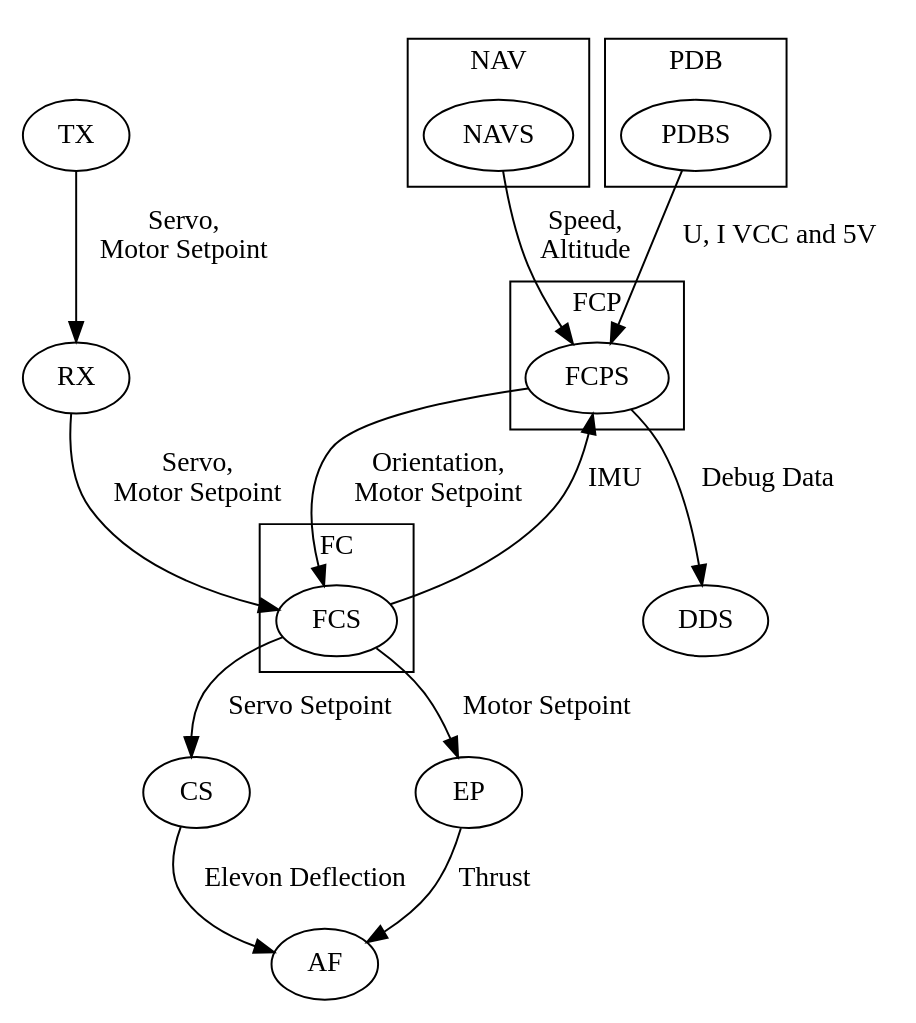
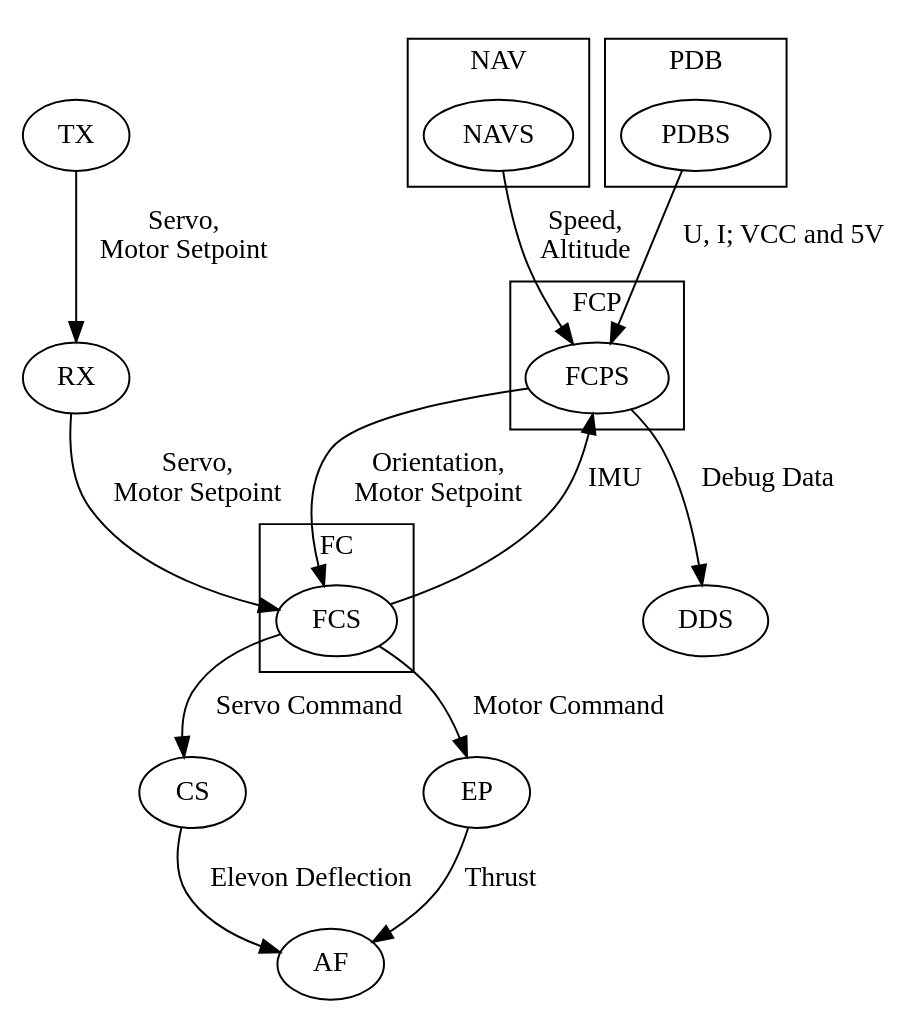
The diagram in chapters/02_requirements/system.dot (ToolboxPlane/Design), drawn with Graphviz before and after one commit. The commit also changed 6 other files, not shown here.

```diff
--- a/chapters/02_requirements/system.dot
+++ b/chapters/02_requirements/system.dot
@@ -1,72 +1,72 @@
 digraph {
    subgraph clusterFCP {
       label="FCP"
       FCPS
    }
 
    subgraph clusterFC {
       label="FC"
       FCS;
    }
 
    subgraph clusterNAV {
       label="NAV"
       NAVS;    
    }
 
    subgraph clusterPDB {
       label="PDB"
       PDBS
    }
 
    AF;
    CS;
    EP;
    RX;
    TX;
 
    FCS -> FCPS [
       label = "IMU"
    ]
 
    FCPS -> FCS [
       label = "Orientation,\nMotor Setpoint"
    ]
 
    NAVS -> FCPS [
       label = "Speed,\nAltitude"
    ]
 
    PDBS -> FCPS [
-      label = "U, I VCC and 5V"
+      label = "U, I; VCC and 5V"
    ]
 
    TX -> RX [
       label = "Servo,\nMotor Setpoint"
    ];
 
    RX -> FCS [
       label = "Servo,\nMotor Setpoint"
    ];
 
    FCS -> CS [
-      label = "Servo Setpoint"
+      label = "Servo Command"
    ]
 
    FCS -> EP [
-      label = "Motor Setpoint"
+      label = "Motor Command"
    ]
 
    CS -> AF [
       label = "Elevon Deflection"
    ]
 
    EP -> AF [
       label = "Thrust"
    ]
 
    FCPS -> DDS [
       label = "Debug Data"
    ]
 
 }
```
